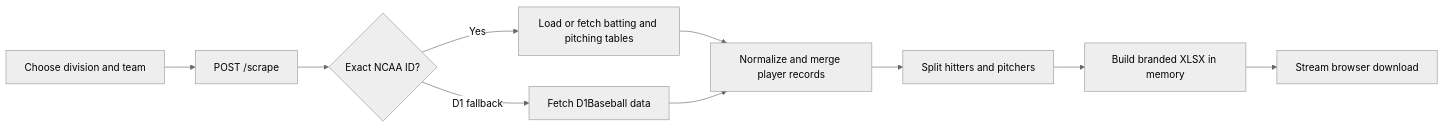
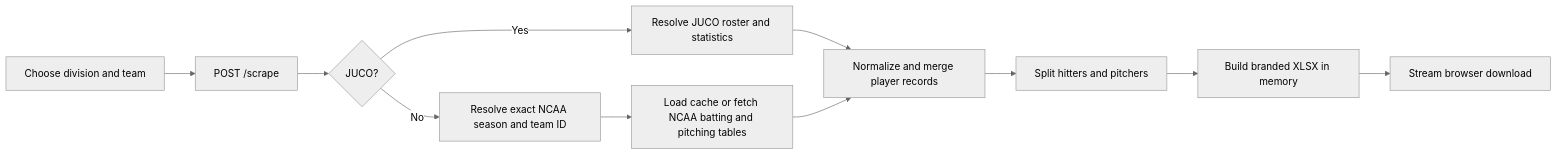
The diagram in README.md (jakedaltrui/roster-scout), drawn with Mermaid (neutral theme) before and after one commit. The commit also changed other lines of this file, not shown here.

Commit message:
docs: update roster workflow diagram

````diff
--- a/README.md
+++ b/README.md
@@ -33,12 +33,13 @@
 ```mermaid
 flowchart LR
     A[Choose division and team] --> B[POST /scrape]
-    B --> C{Exact NCAA ID?}
-    C -->|Yes| D[Load or fetch batting and pitching tables]
-    C -->|D1 fallback| E[Fetch D1Baseball data]
-    D --> F[Normalize and merge player records]
-    E --> F
-    F --> G[Split hitters and pitchers]
-    G --> H[Build branded XLSX in memory]
-    H --> I[Stream browser download]
+    B --> C{JUCO?}
+    C -->|No| D[Resolve exact NCAA season and team ID]
+    C -->|Yes| E[Resolve JUCO roster and statistics]
+    D --> F[Load cache or fetch NCAA batting and pitching tables]
+    E --> G[Normalize and merge player records]
+    F --> G
+    G --> H[Split hitters and pitchers]
+    H --> I[Build branded XLSX in memory]
+    I --> J[Stream browser download]
 ```
````
